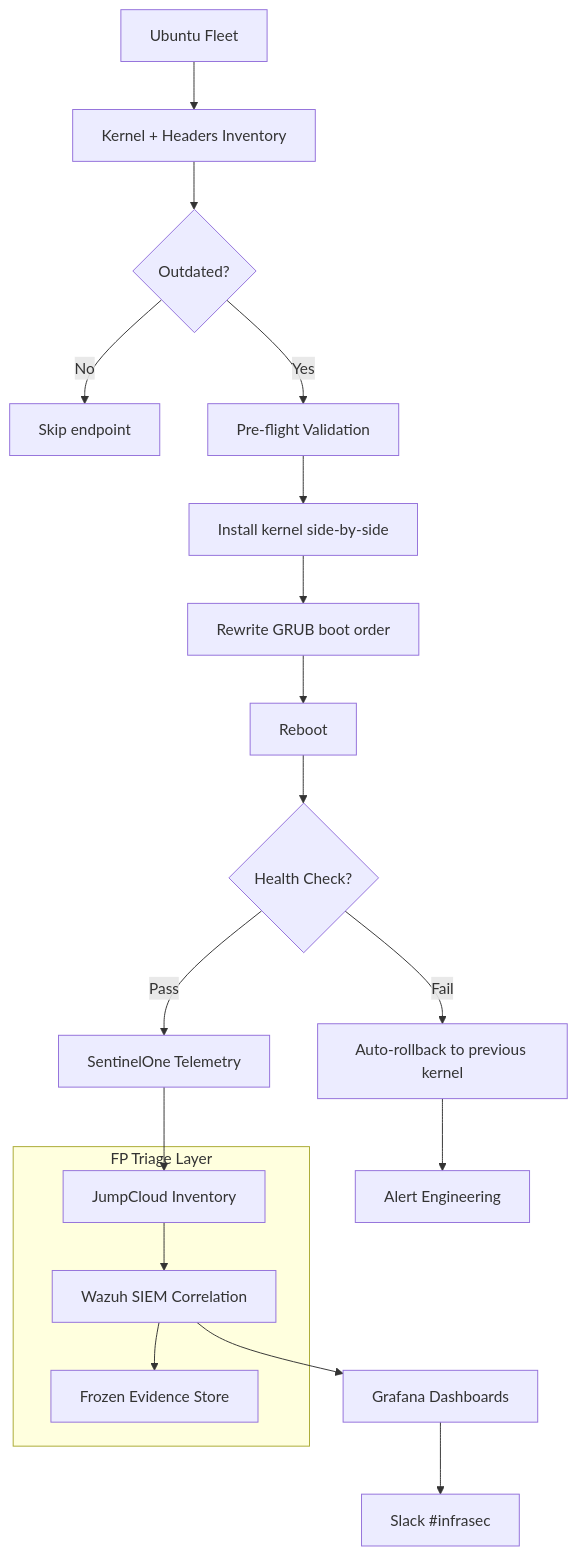
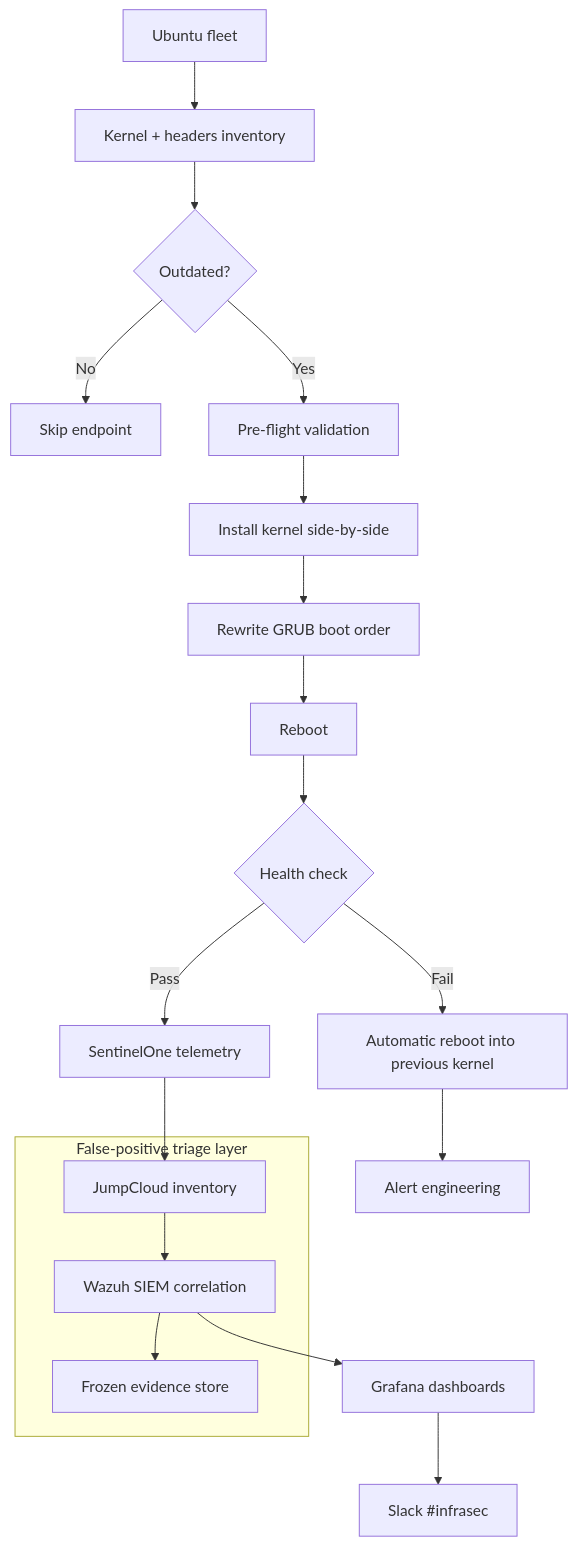
Before and after one commit to CHDevSec/portfolio: the diagram in src/content/projects/en/linux-vuln-reduction.mdx, drawn with Mermaid. The commit also changed other lines of this file and 169 other files, not shown here.

````diff
--- a/src/content/projects/en/linux-vuln-reduction.mdx
+++ b/src/content/projects/en/linux-vuln-reduction.mdx
@@ -41,26 +71,26 @@
 ```mermaid
 flowchart TB
-    A[Ubuntu Fleet] --> B[Kernel + Headers Inventory]
+    A[Ubuntu fleet] --> B[Kernel + headers inventory]
     B --> C{Outdated?}
     C -->|No| Z[Skip endpoint]
-    C -->|Yes| D[Pre-flight Validation]
+    C -->|Yes| D[Pre-flight validation]
     D --> E[Install kernel side-by-side]
     E --> F[Rewrite GRUB boot order]
     F --> G[Reboot]
-    G --> H{Health Check?}
-    H -->|Fail| I[Auto-rollback to previous kernel]
-    H -->|Pass| J[SentinelOne Telemetry]
+    G --> H{Health check}
+    H -->|Fail| I[Automatic reboot into previous kernel]
+    H -->|Pass| J[SentinelOne telemetry]
 
-    subgraph Triage [FP Triage Layer]
-    K[JumpCloud Inventory]
-    L[Wazuh SIEM Correlation]
-    M[Frozen Evidence Store]
+    subgraph Triage [False-positive triage layer]
+    K[JumpCloud inventory]
+    L[Wazuh SIEM correlation]
+    M[Frozen evidence store]
     end
 
     J --> K
     K --> L
     L --> M
-    L --> N[Grafana Dashboards]
+    L --> N[Grafana dashboards]
     N --> O[Slack #infrasec]
-    I --> P[Alert Engineering]
+    I --> P[Alert engineering]
 ```
````
